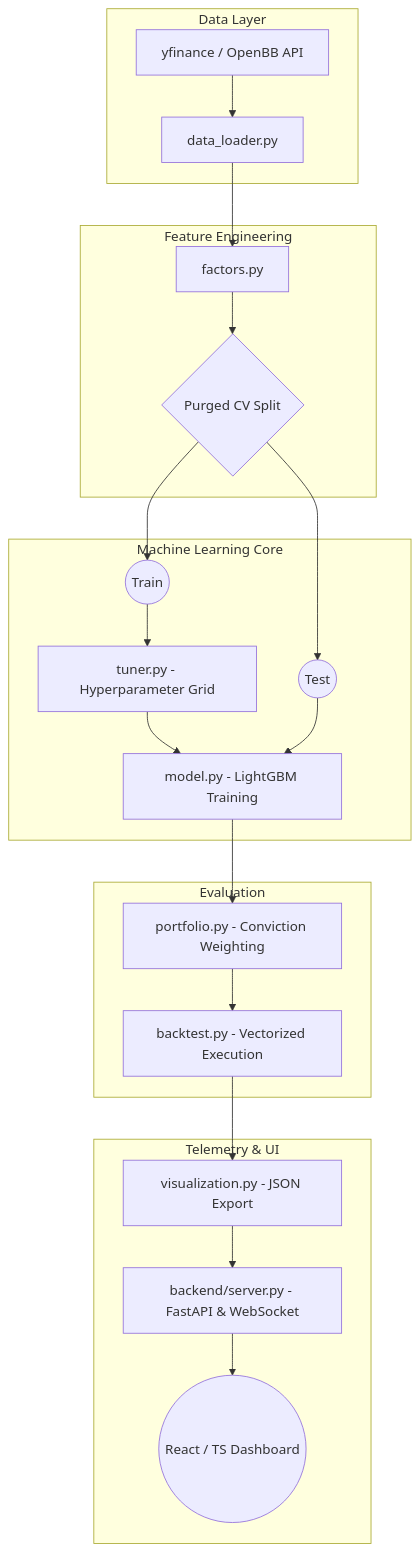
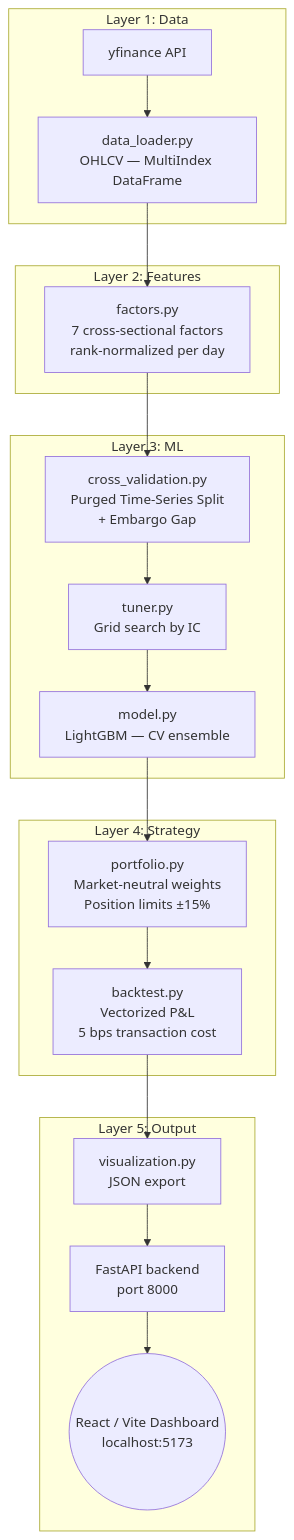
One commit to sawan-cmy/Alpha-Engine-Machine-Learning-Driven-Quantitative-Trading-Pipeline changed the diagram in README.md. Above: the diagram before and after it, drawn with Mermaid. The commit also changed other lines of this file and 2 other files, not shown here.

````diff
--- a/README.md
+++ b/README.md
@@ -56,45 +38,27 @@
 ```mermaid
 graph TD;
-    subgraph "Data Layer"
-        A[yfinance / OpenBB API]
-        B[data_loader.py]
+    subgraph "Layer 1: Data"
+        A[yfinance API] --> B[data_loader.py<br/>OHLCV — MultiIndex DataFrame]
     end
 
-    subgraph "Feature Engineering"
-        C[factors.py]
-        D{Purged CV Split}
-    end
-    
-    subgraph "Machine Learning Core"
-        Train((Train))
-        E[tuner.py - Hyperparameter Grid]
-        F[model.py - LightGBM Training]
-        Test((Test))
+    subgraph "Layer 2: Features"
+        B --> C[factors.py<br/>7 cross-sectional factors<br/>rank-normalized per day]
     end
 
-    subgraph "Evaluation"
-        G[portfolio.py - Conviction Weighting]
-        H[backtest.py - Vectorized Execution]
+    subgraph "Layer 3: ML"
+        C --> D[cross_validation.py<br/>Purged Time-Series Split<br/>+ Embargo Gap]
+        D --> E[tuner.py<br/>Grid search by IC]
+        E --> F[model.py<br/>LightGBM — CV ensemble]
     end
 
-    subgraph "Telemetry & UI"
-        I[visualization.py - JSON Export]
-        J[backend/server.py - FastAPI & WebSocket]
-        K((React / TS Dashboard))
+    subgraph "Layer 4: Strategy"
+        F --> G[portfolio.py<br/>Market-neutral weights<br/>Position limits ±15%]
+        G --> H[backtest.py<br/>Vectorized P&L<br/>5 bps transaction cost]
     end
 
-    %% Edge Connections
-    A --> B
-    B --> C
-    C --> D
-    D --> Train
-    Train --> E
-    E --> F
-    D --> Test
-    Test --> F
-    F --> G
-    G --> H
-    H --> I
-    I --> J
-    J --> K
+    subgraph "Layer 5: Output"
+        H --> I[visualization.py<br/>JSON export]
+        I --> J[FastAPI backend<br/>port 8000]
+        J --> K((React / Vite Dashboard<br/>localhost:5173))
+    end
 ```
````
